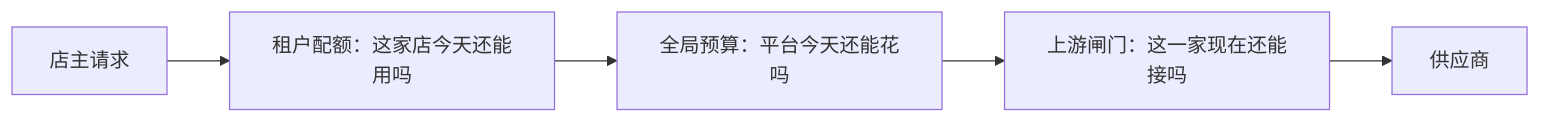
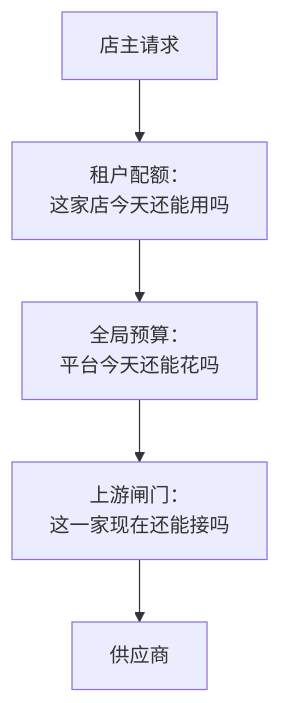
Before and after one commit to jarvis-pro/hatch-shelf: the diagram in books/llmops/03-rate-limits-quotas.md, drawn with Mermaid. The commit also changed 432 other files, not shown here.

````diff
--- a/books/llmops/03-rate-limits-quotas.md
+++ b/books/llmops/03-rate-limits-quotas.md
@@ -7,7 +7,7 @@
 ```mermaid
-flowchart LR
-  U[店主请求] --> Q1["租户配额：这家店今天还能用吗"]
-  Q1 --> Q2["全局预算：平台今天还能花吗"]
-  Q2 --> Q3["上游闸门：这一家现在还能接吗"]
+flowchart TD
+  U[店主请求] --> Q1["租户配额：<br/>这家店今天还能用吗"]
+  Q1 --> Q2["全局预算：<br/>平台今天还能花吗"]
+  Q2 --> Q3["上游闸门：<br/>这一家现在还能接吗"]
   Q3 --> P[供应商]
 ```
````
